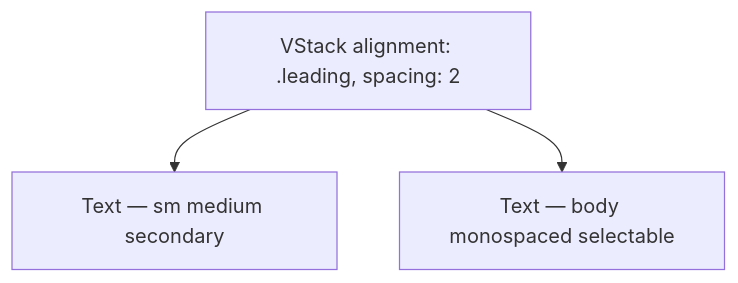
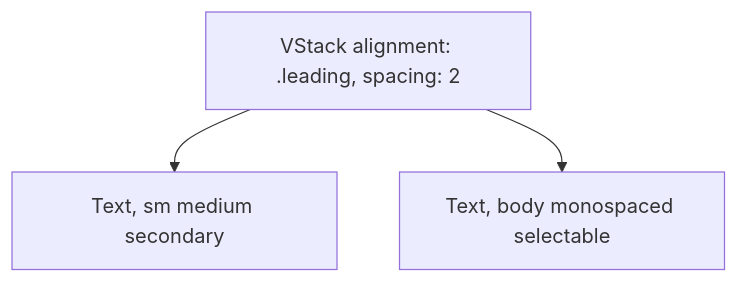
The diagram in design-system/components/info-row.md (MrDemonWolf/WolfWave), drawn with Mermaid before and after one commit. The commit also changed other lines of this file and 152 other files, not shown here.

````diff
--- a/design-system/components/info-row.md
+++ b/design-system/components/info-row.md
@@ -26,6 +26,6 @@
 ```mermaid
 graph TB
   Row[VStack alignment: .leading, spacing: 2]
-  Row --> Label[Text — sm medium secondary]
-  Row --> Value[Text — body monospaced selectable]
+  Row --> Label[Text, sm medium secondary]
+  Row --> Value[Text, body monospaced selectable]
 ```
````
